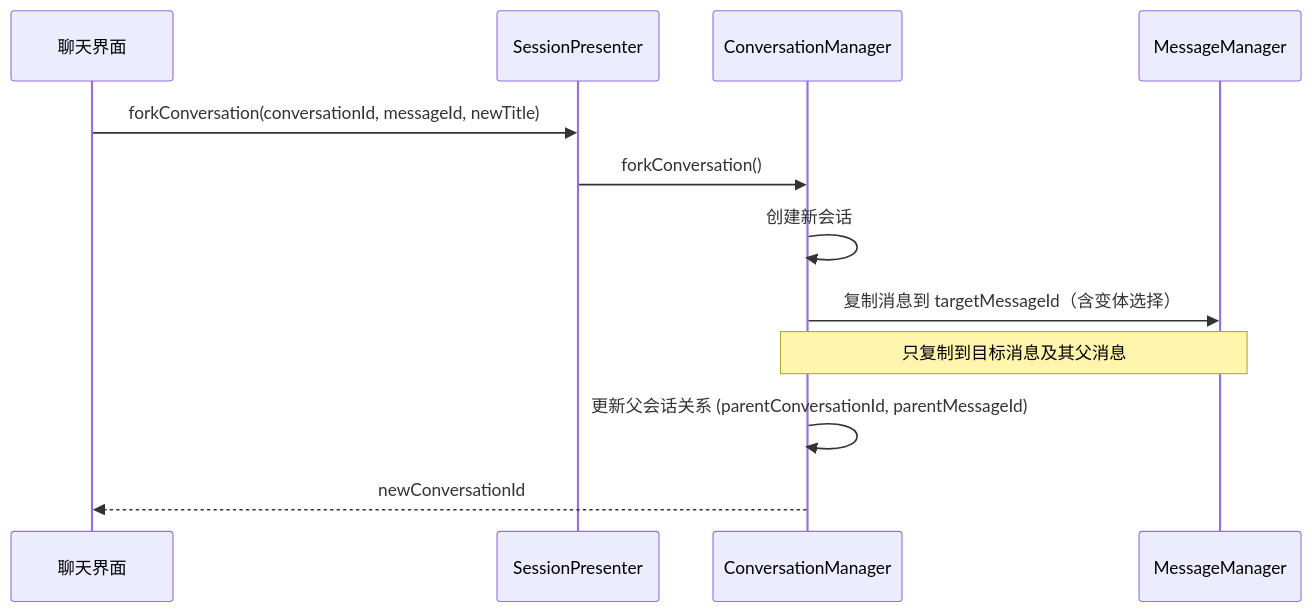
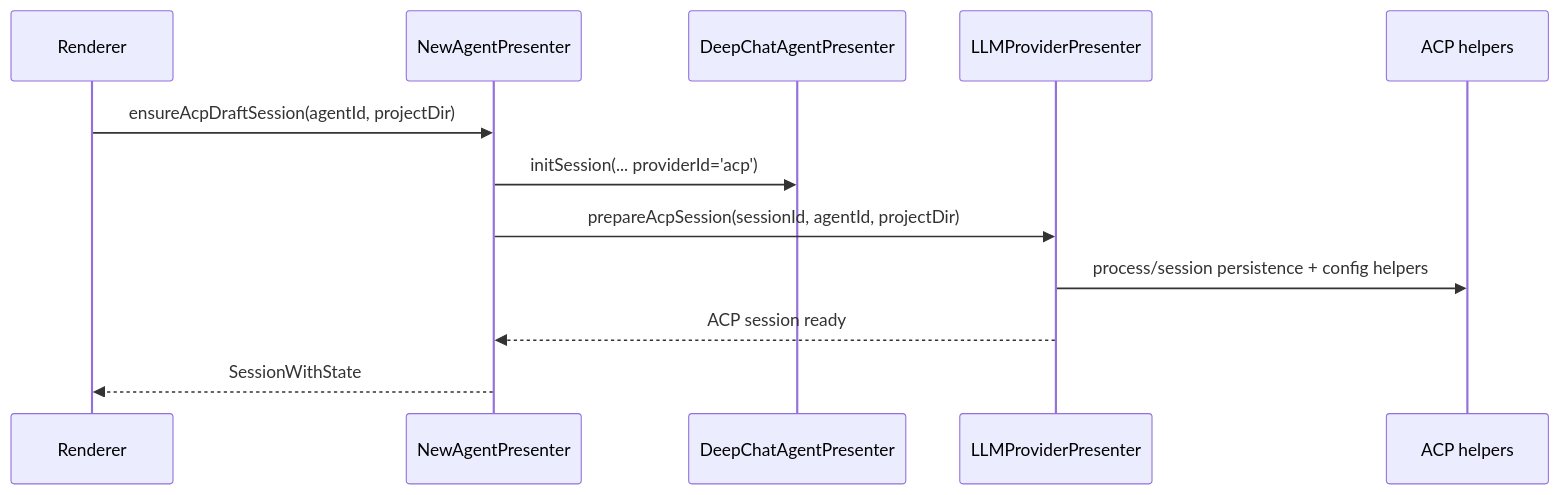
The fourth of 5 diagrams in docs/FLOWS.md (ThinkInAIXYZ/deepchat), drawn with Mermaid before and after one commit. The commit also changed other lines of this file and 116 other files, not shown here.

````diff
--- a/docs/FLOWS.md
+++ b/docs/FLOWS.md
@@ -583,15 +94,15 @@
 ```mermaid
 sequenceDiagram
-    participant UI as 聊天界面
-    participant SessionP as SessionPresenter
-    participant ConvMgr as ConversationManager
-    participant MsgMgr as MessageManager
+    participant R as Renderer
+    participant N as NewAgentPresenter
+    participant D as DeepChatAgentPresenter
+    participant L as LLMProviderPresenter
+    participant A as ACP helpers
 
-    UI->>SessionP: forkConversation(conversationId, messageId, newTitle)
-    SessionP->>ConvMgr: forkConversation()
-    ConvMgr->>ConvMgr: 创建新会话
-    ConvMgr->>MsgMgr: 复制消息到 targetMessageId（含变体选择）
-    Note over ConvMgr,MsgMgr: 只复制到目标消息及其父消息
-    ConvMgr->>ConvMgr: 更新父会话关系 (parentConversationId, parentMessageId)
-    ConvMgr-->>UI: newConversationId
+    R->>N: ensureAcpDraftSession(agentId, projectDir)
+    N->>D: initSession(... providerId='acp')
+    N->>L: prepareAcpSession(sessionId, agentId, projectDir)
+    L->>A: process/session persistence + config helpers
+    L-->>N: ACP session ready
+    N-->>R: SessionWithState
 ```
````
